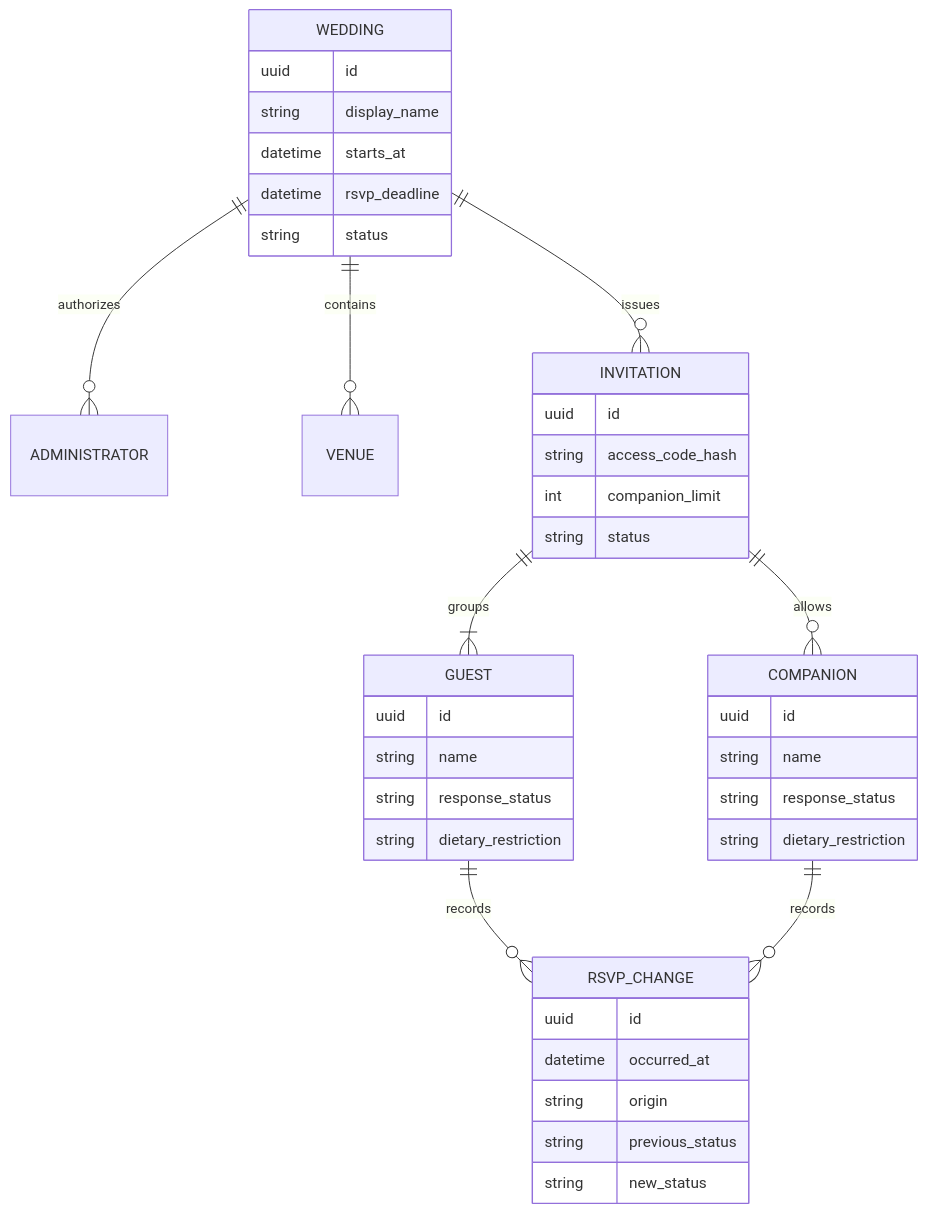
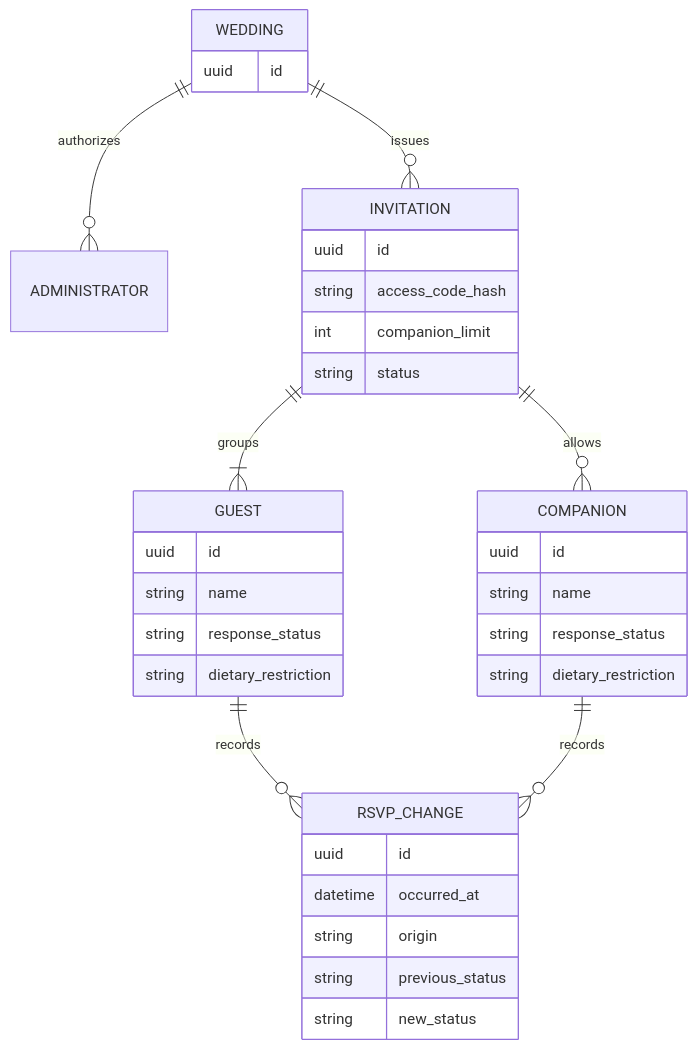
One commit to tobiasfkk/wedding_platform changed the diagram in docs/ESPECIFICACAO_DO_PROJETO.md. Above: the diagram before and after it, drawn with Mermaid. The commit also changed other lines of this file and 98 other files, not shown here.

````diff
--- a/docs/ESPECIFICACAO_DO_PROJETO.md
+++ b/docs/ESPECIFICACAO_DO_PROJETO.md
@@ -309,43 +310,38 @@
 ```mermaid
 erDiagram
     WEDDING ||--o{ ADMINISTRATOR : authorizes
-    WEDDING ||--o{ VENUE : contains
     WEDDING ||--o{ INVITATION : issues
     INVITATION ||--|{ GUEST : groups
     INVITATION ||--o{ COMPANION : allows
     GUEST ||--o{ RSVP_CHANGE : records
     COMPANION ||--o{ RSVP_CHANGE : records
 
     WEDDING {
         uuid id
-        string display_name
-        datetime starts_at
-        datetime rsvp_deadline
-        string status
     }
     INVITATION {
         uuid id
         string access_code_hash
         int companion_limit
         string status
     }
     GUEST {
         uuid id
         string name
         string response_status
         string dietary_restriction
     }
     COMPANION {
         uuid id
         string name
         string response_status
         string dietary_restriction
     }
     RSVP_CHANGE {
         uuid id
         datetime occurred_at
         string origin
         string previous_status
         string new_status
     }
 ```
````
